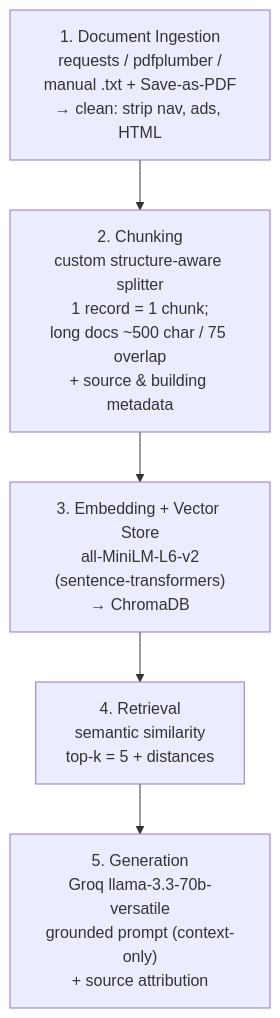
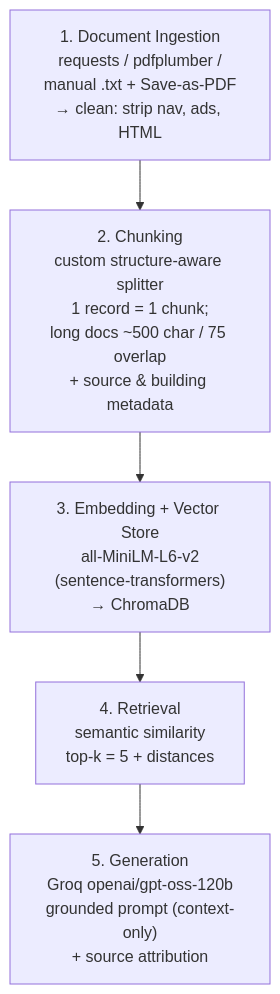
One commit to KaKitLeng/ai201-project1-unofficial-guide-starter changed the diagram in planning.md. Above: the diagram before and after it, drawn with Mermaid. The commit also changed 1 other file, not shown here.

Commit message:
fix: llama model is no longer available in groq

````diff
--- a/planning.md
+++ b/planning.md
@@ -124,8 +124,8 @@
 ```mermaid
 flowchart 
     A["1. Document Ingestion<br/>requests / pdfplumber /<br/>manual .txt + Save-as-PDF<br/>→ clean: strip nav, ads, HTML"]
         --> B["2. Chunking<br/>custom structure-aware splitter<br/>1 record = 1 chunk;<br/>long docs ~500 char / 75 overlap<br/>+ source &amp; building metadata"]
     B --> C["3. Embedding + Vector Store<br/>all-MiniLM-L6-v2<br/>(sentence-transformers)<br/>→ ChromaDB"]
     C --> D["4. Retrieval<br/>semantic similarity<br/>top-k = 5 + distances"]
-    D --> E["5. Generation<br/>Groq llama-3.3-70b-versatile<br/>grounded prompt (context-only)<br/>+ source attribution"]
+    D --> E["5. Generation<br/>Groq openai/gpt-oss-120b<br/>grounded prompt (context-only)<br/>+ source attribution"]
 ```
````
